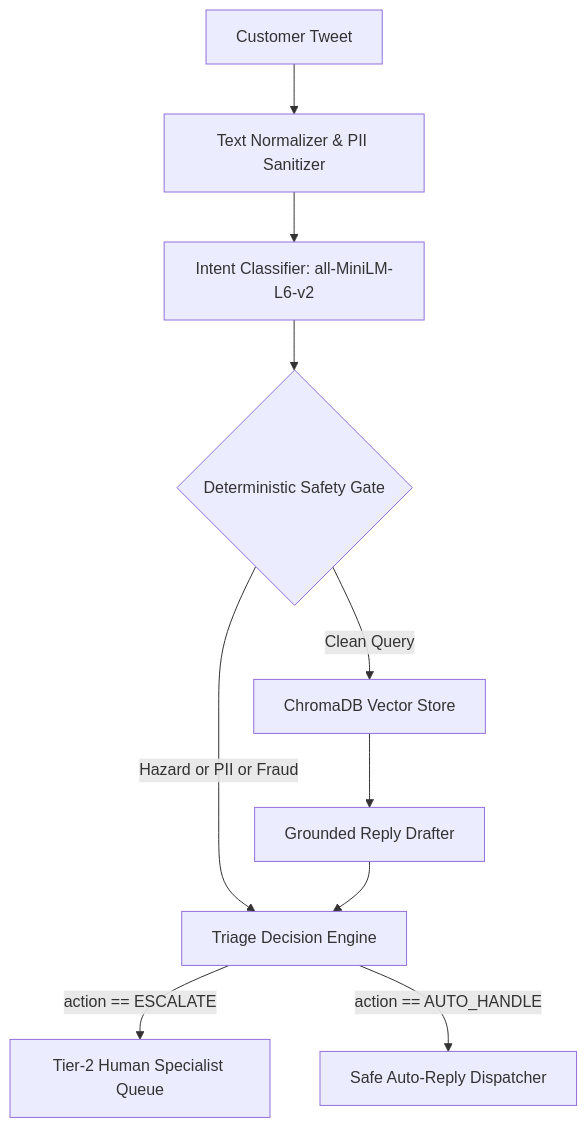
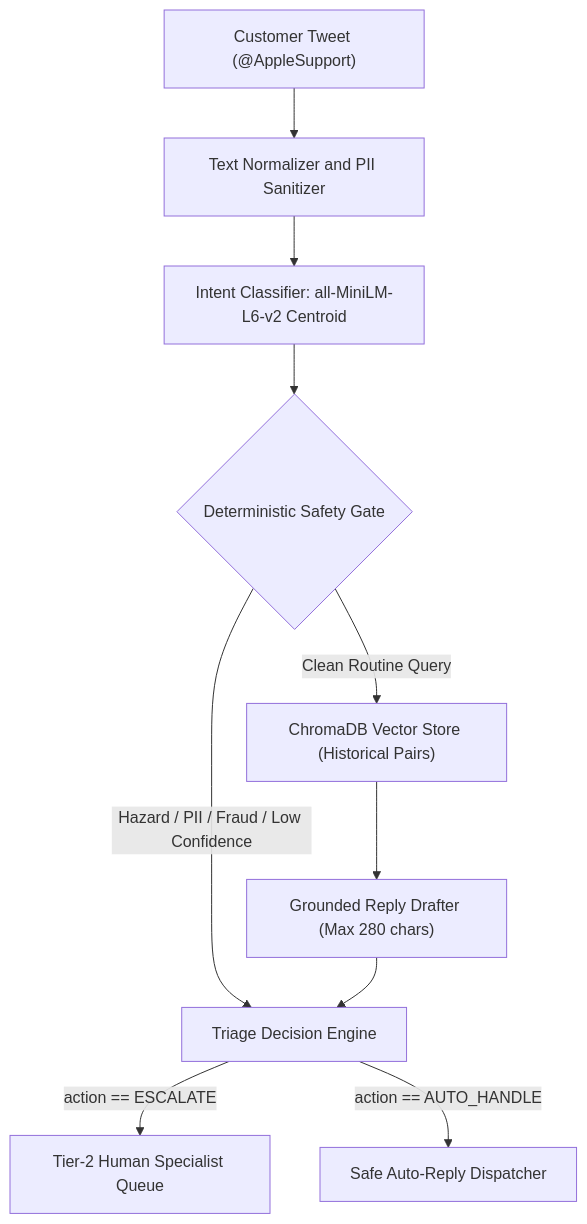
Before and after one commit to nanthitha25/hiver_assignment: the first of 4 diagrams in README.md, drawn with Mermaid. The commit also changed other lines of this file and 6 other files, not shown here.

Commit message:
docs: add Architecture, Use Case, Class, and Sequence diagrams to README with PNG assets

````diff
--- a/README.md
+++ b/README.md
@@ -109,12 +119,12 @@
 ```mermaid
 flowchart TD
-    CT[Customer Tweet] --> Pre[Text Normalizer & PII Sanitizer]
-    Pre --> IC[Intent Classifier: all-MiniLM-L6-v2]
-    IC --> Safety{Deterministic Safety Gate}
-    Safety -->|Hazard or PII or Fraud| Triage[Triage Decision Engine]
-    Safety -->|Clean Query| RAG[ChromaDB Vector Store]
-    RAG --> Drafter[Grounded Reply Drafter]
+    CT["Customer Tweet (@AppleSupport)"] --> Pre["Text Normalizer and PII Sanitizer"]
+    Pre --> IC["Intent Classifier: all-MiniLM-L6-v2 Centroid"]
+    IC --> Safety{"Deterministic Safety Gate"}
+    Safety -->|"Hazard / PII / Fraud / Low Confidence"| Triage["Triage Decision Engine"]
+    Safety -->|"Clean Routine Query"| RAG["ChromaDB Vector Store (Historical Pairs)"]
+    RAG --> Drafter["Grounded Reply Drafter (Max 280 chars)"]
     Drafter --> Triage
-    Triage -->|action == ESCALATE| HumanQueue[Tier-2 Human Specialist Queue]
-    Triage -->|action == AUTO_HANDLE| AutoReply[Safe Auto-Reply Dispatcher]
+    Triage -->|"action == ESCALATE"| HumanQueue["Tier-2 Human Specialist Queue"]
+    Triage -->|"action == AUTO_HANDLE"| AutoReply["Safe Auto-Reply Dispatcher"]
 ```
````
